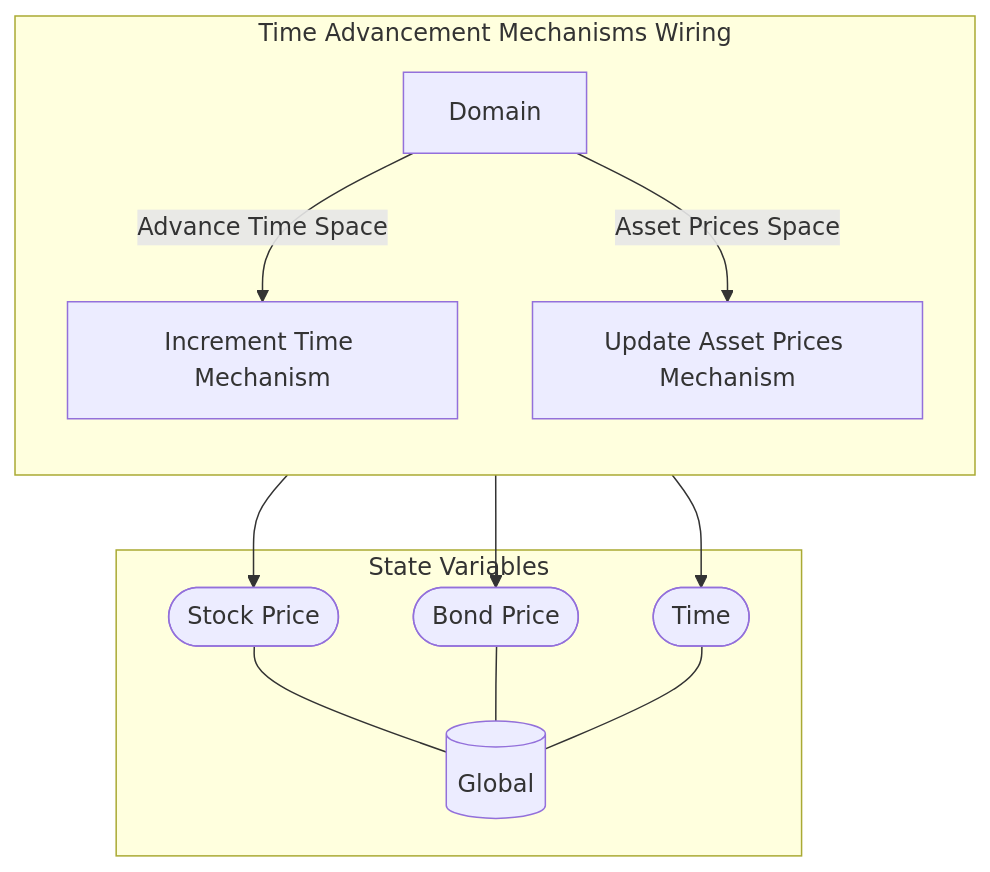
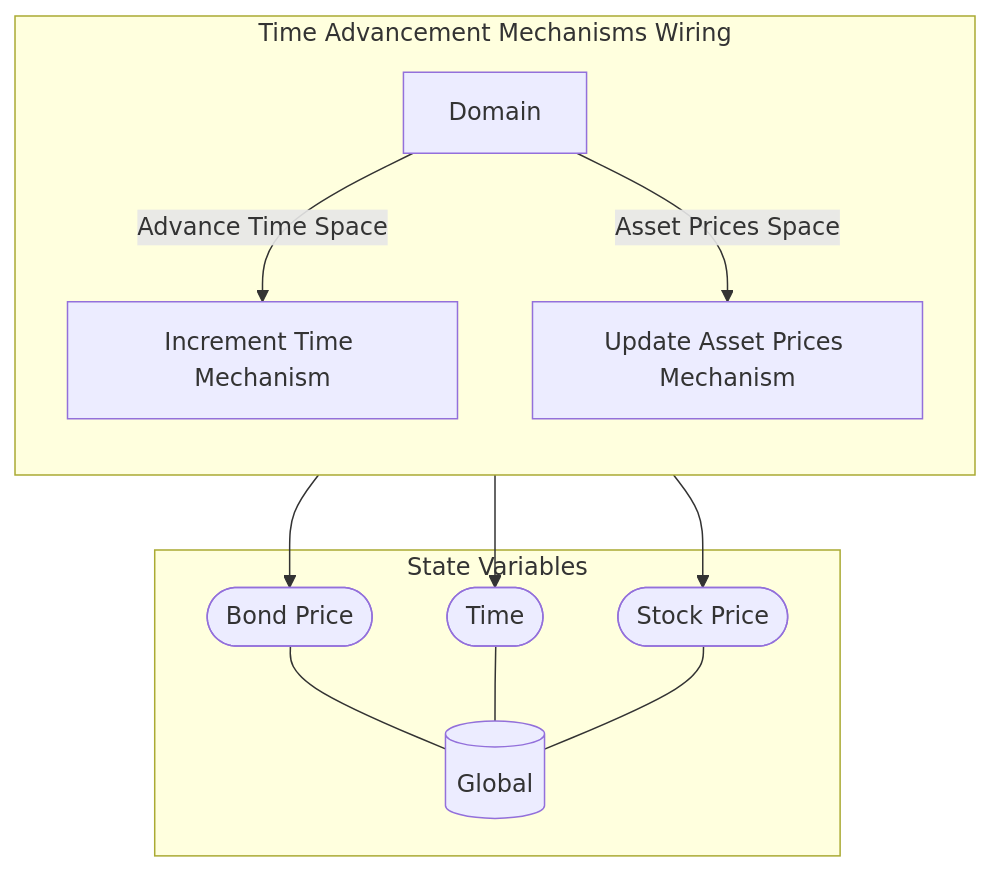
The diagram in examples/RetirementPlanning/reports/Markdown/Wiring/Time Advancement Mechanisms Wiring.md (BlockScience/MSML), drawn with Mermaid before and after one commit. The commit also changed other lines of this file and 13 other files, not shown here.

````diff
--- a/examples/RetirementPlanning/reports/Markdown/Wiring/Time Advancement Mechanisms Wiring.md
+++ b/examples/RetirementPlanning/reports/Markdown/Wiring/Time Advancement Mechanisms Wiring.md
@@ -3,28 +3,28 @@
 ```mermaid
 graph TB
 
 subgraph SVS["State Variables"]
 EE0[("Global")]
-EES0(["Stock Price"])
+EES0(["Bond Price"])
 EES0 --- EE0
-EES1(["Bond Price"])
+EES1(["Time"])
 EES1 --- EE0
-EES2(["Time"])
+EES2(["Stock Price"])
 EES2 --- EE0
 end
 
 subgraph X5["Time Advancement Mechanisms Wiring"]
 direction TB
 X1["Increment Time Mechanism"]
-X1 --> EES2
+X1 --> EES1
 X2["Update Asset Prices Mechanism"]
+X2 --> EES2
 X2 --> EES0
-X2 --> EES1
 X3[Domain]
 
 direction LR
 direction TB
 X3 --"Advance Time Space"--> X1
 X3 --"Asset Prices Space"--> X2
 end
 ```
````
